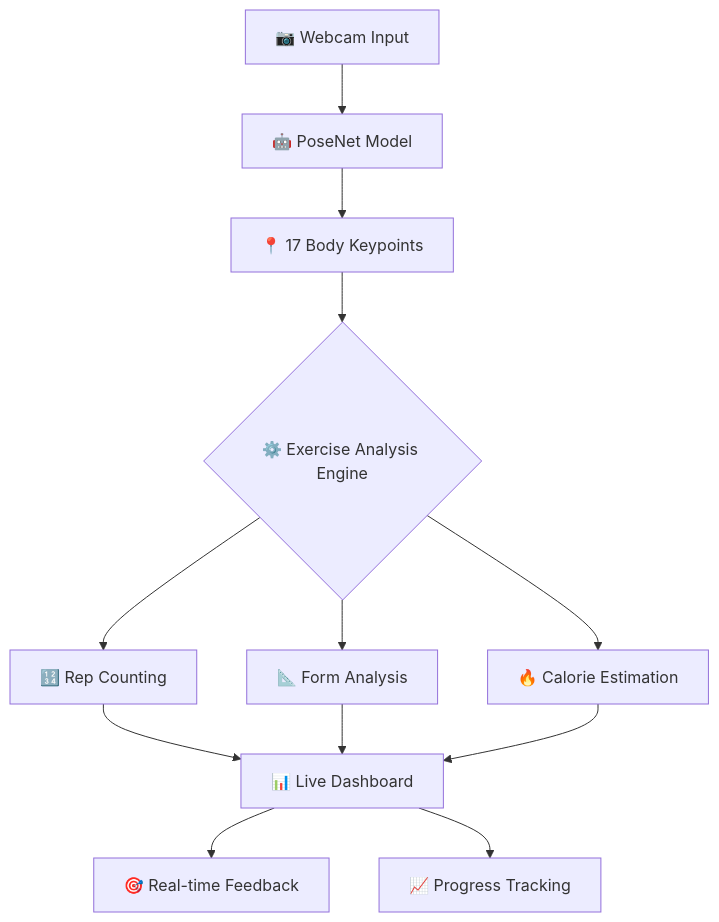
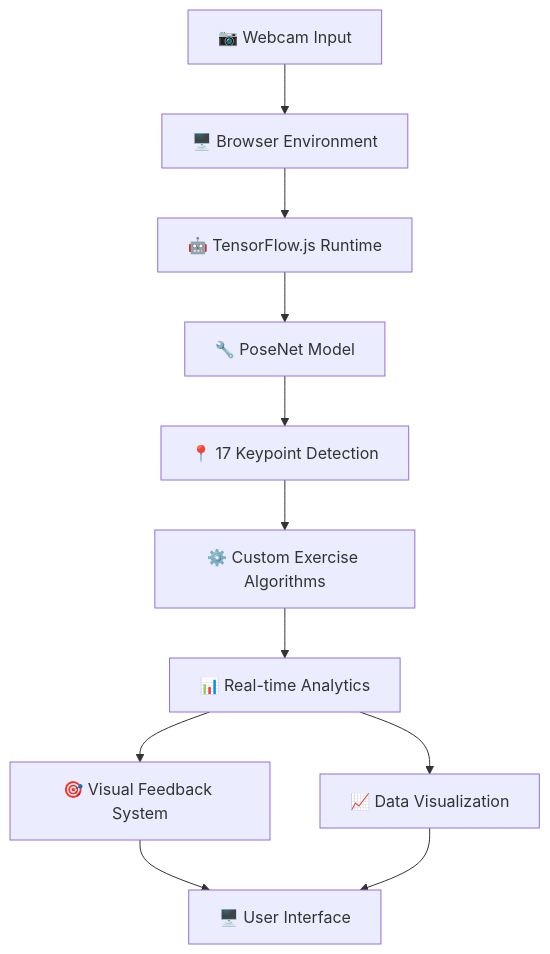
Before and after one commit to Dibyendu17122003/Posture-Detection-ML-WEB-app: the first of 2 diagrams in README.md, drawn with Mermaid. The commit also changed other lines of this file, not shown here.

````diff
--- a/README.md
+++ b/README.md
@@ -83,14 +118,13 @@
 ```mermaid
-flowchart TD
-    A[📷 Webcam Input] --> B[🤖 PoseNet Model]
-    B --> C[📍 17 Body Keypoints]
-    C --> D{⚙️ Exercise Analysis Engine}
-    D --> E[🔢 Rep Counting]
-    D --> F[📐 Form Analysis]
-    D --> G[🔥 Calorie Estimation]
-    E --> H[📊 Live Dashboard]
-    F --> H
-    G --> H
-    H --> I[🎯 Real-time Feedback]
-    H --> J[📈 Progress Tracking]
+graph TB
+    A[📷 Webcam Input] --> B[🖥️ Browser Environment]
+    B --> C[🤖 TensorFlow.js Runtime]
+    C --> D[🔧 PoseNet Model]
+    D --> E[📍 17 Keypoint Detection]
+    E --> F[⚙️ Custom Exercise Algorithms]
+    F --> G[📊 Real-time Analytics]
+    G --> H[🎯 Visual Feedback System]
+    G --> I[📈 Data Visualization]
+    H --> J[🖥️ User Interface]
+    I --> J
 ```
````
